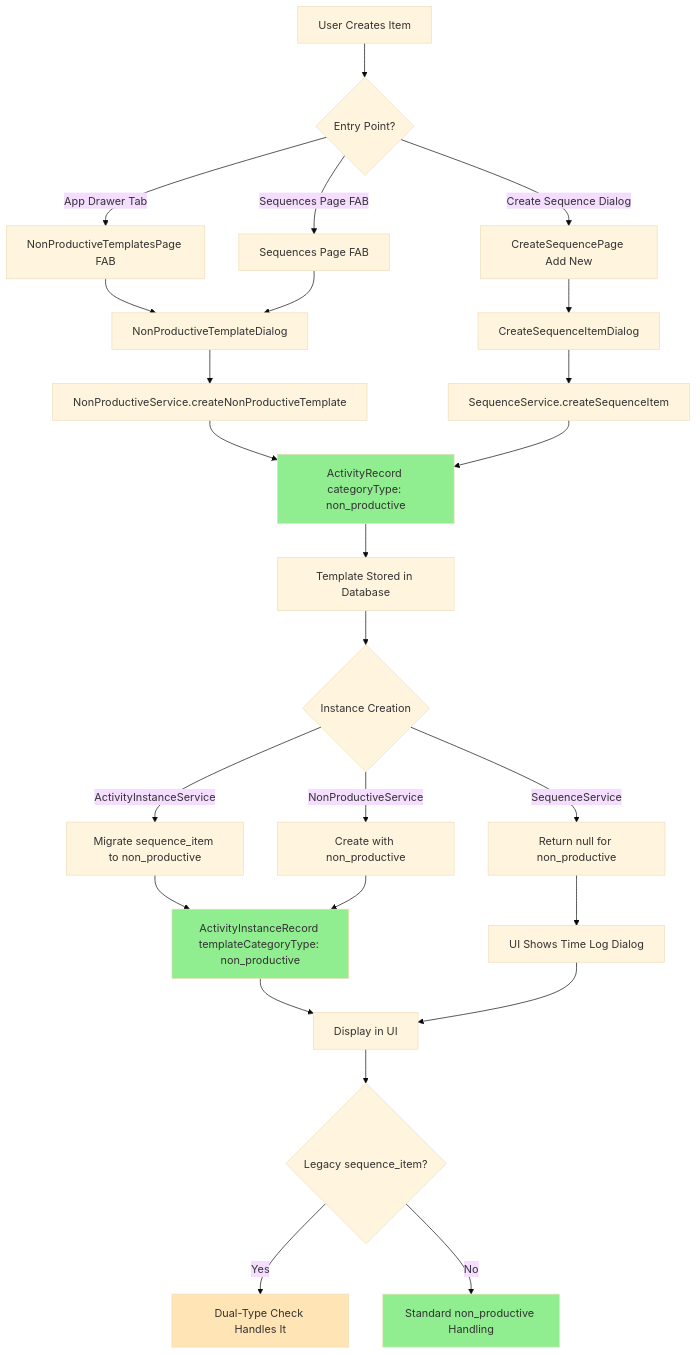
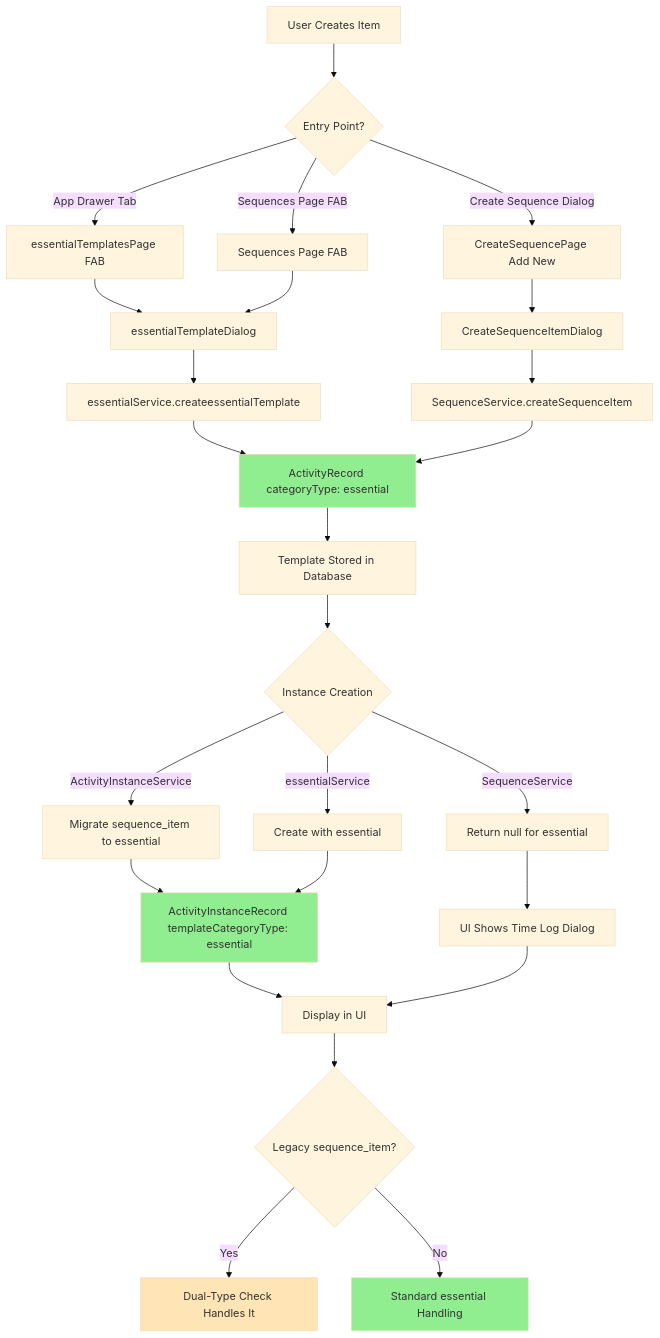
Before and after one commit to babitha-13/nHabit_traker: the diagram in SEQUENCE_NON_PRODUCTIVE_AUDIT.md, drawn with Mermaid (base theme). The commit also changed other lines of this file and 39 other files, not shown here.

````diff
--- a/SEQUENCE_NON_PRODUCTIVE_AUDIT.md
+++ b/SEQUENCE_NON_PRODUCTIVE_AUDIT.md
@@ -212,40 +212,40 @@
 ```mermaid
 flowchart TD
     A[User Creates Item] --> B{Entry Point?}
-    B -->|App Drawer Tab| C[NonProductiveTemplatesPage FAB]
+    B -->|App Drawer Tab| C[essentialTemplatesPage FAB]
     B -->|Sequences Page FAB| D[Sequences Page FAB]
     B -->|Create Sequence Dialog| E[CreateSequencePage Add New]
     
-    C --> F[NonProductiveTemplateDialog]
+    C --> F[essentialTemplateDialog]
     D --> F
     E --> G[CreateSequenceItemDialog]
     
-    F --> H[NonProductiveService.createNonProductiveTemplate]
+    F --> H[essentialService.createessentialTemplate]
     G --> I[SequenceService.createSequenceItem]
     
-    H --> J[ActivityRecord categoryType: non_productive]
+    H --> J[ActivityRecord categoryType: essential]
     I --> J
     
     J --> K[Template Stored in Database]
     
     K --> L{Instance Creation}
-    L -->|ActivityInstanceService| M[Migrate sequence_item to non_productive]
-    L -->|NonProductiveService| N[Create with non_productive]
-    L -->|SequenceService| O[Return null for non_productive]
+    L -->|ActivityInstanceService| M[Migrate sequence_item to essential]
+    L -->|essentialService| N[Create with essential]
+    L -->|SequenceService| O[Return null for essential]
     
-    M --> P[ActivityInstanceRecord templateCategoryType: non_productive]
+    M --> P[ActivityInstanceRecord templateCategoryType: essential]
     N --> P
     O --> Q[UI Shows Time Log Dialog]
     
     P --> R[Display in UI]
     Q --> R
     
     R --> S{Legacy sequence_item?}
     S -->|Yes| T[Dual-Type Check Handles It]
-    S -->|No| U[Standard non_productive Handling]
+    S -->|No| U[Standard essential Handling]
     
     style J fill:#90EE90
     style P fill:#90EE90
     style T fill:#FFE4B5
     style U fill:#90EE90
 ```
````
